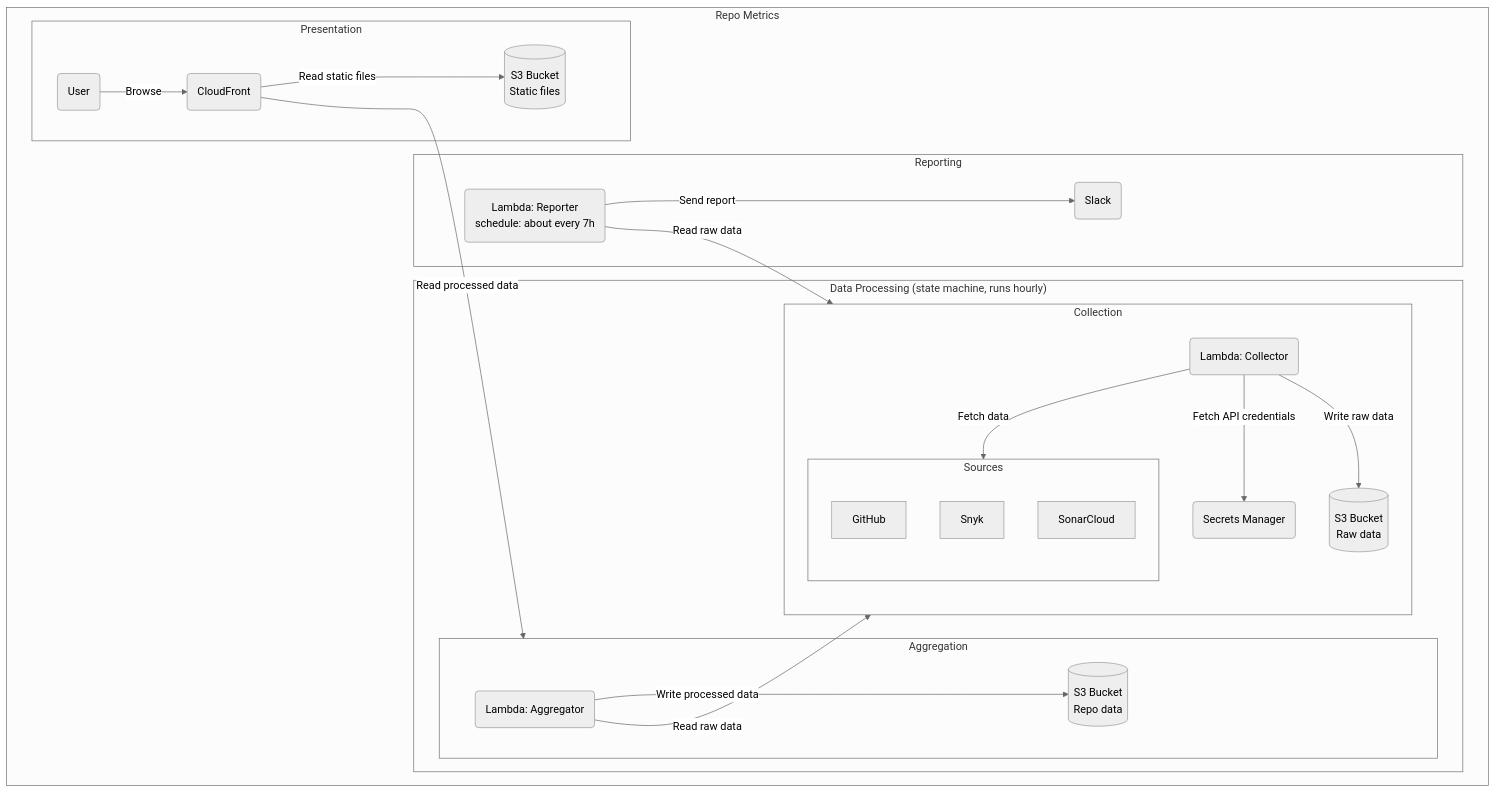
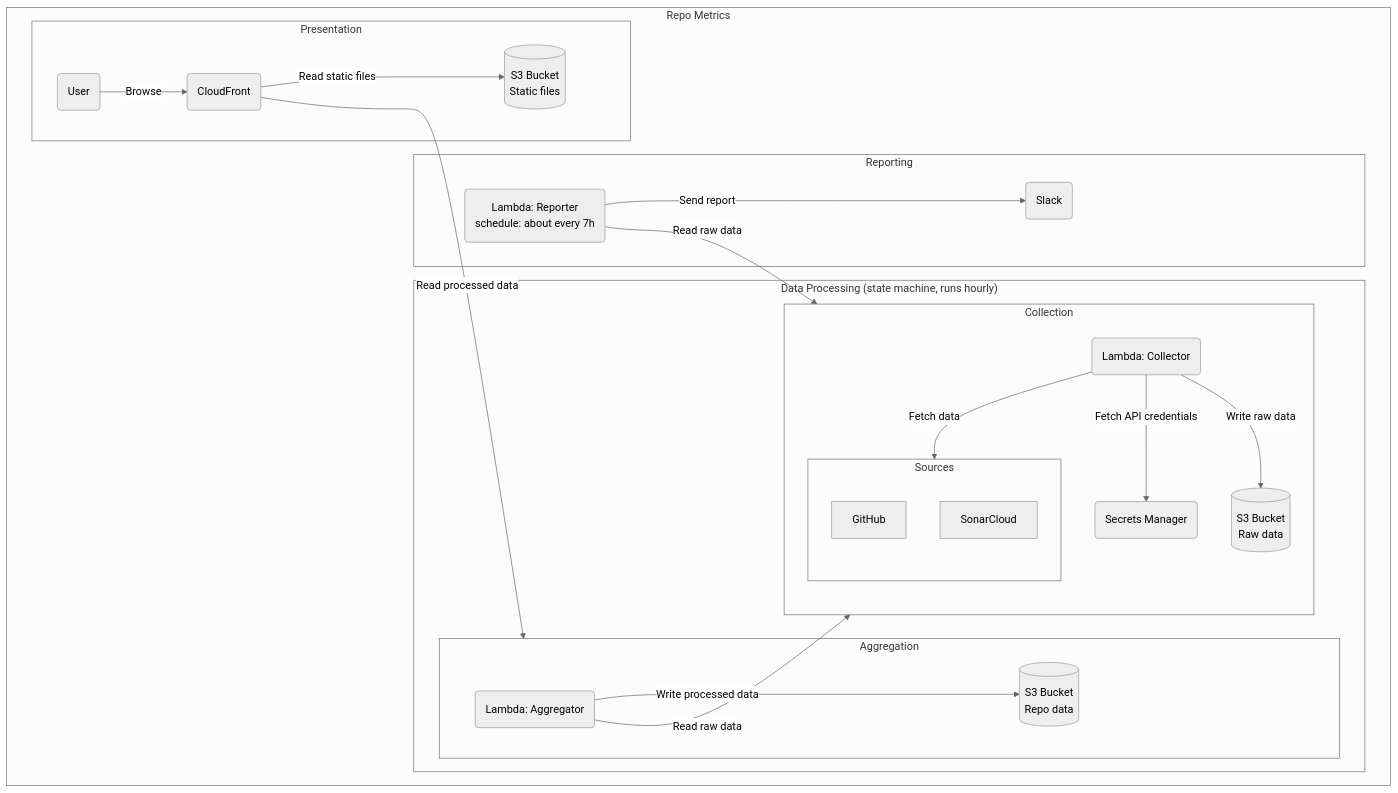
One commit to capralifecycle/liflig-repo-metrics changed the diagram in README.md. Above: the diagram before and after it, drawn with Mermaid. The commit also changed other lines of this file and 26 other files, not shown here.

````diff
--- a/README.md
+++ b/README.md
@@ -16,48 +16,47 @@
 ```mermaid
 %%{init: {'theme':'neutral'}}%%
 graph TB
 subgraph Repo Metrics
 
   subgraph Sources
     GitHub
-    Snyk
     SonarCloud
   end
 
   subgraph "Data Processing (state machine, runs hourly)"
     subgraph Collection
       collector(Lambda: Collector)
       secrets(Secrets Manager)
       raw_data[(S3 Bucket</br>Raw data)]
       collector -- Fetch API credentials --> secrets
       collector -- Fetch data --> Sources
       collector -- Write raw data --> raw_data
     end
 
     subgraph Aggregation
       aggregator(Lambda: Aggregator)
       processed_data[(S3 Bucket</br>Repo data)]
       aggregator -- Write processed data --> processed_data
     end
   end
 
   subgraph Reporting
     report(Lambda: Reporter</br>schedule: about every 7h)
     chat(Slack)
     report -- Send report --> chat
   end
 
   subgraph Presentation
     cf(CloudFront)
     static_files[(S3 Bucket</br>Static files)]
     user(User)
     cf -- Read static files --> static_files
     user -- Browse --> cf
   end
 
   aggregator -- Read raw data --> Collection
   report -- Read raw data --> Collection
   cf -- Read processed data --> Aggregation
 
 end
 ```
````
